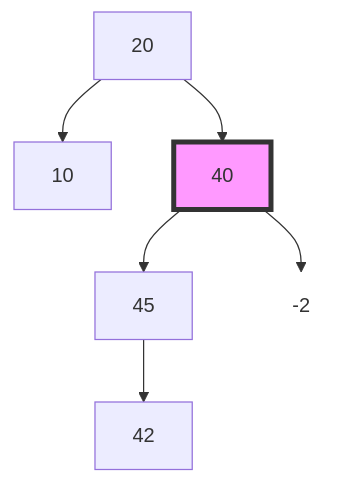
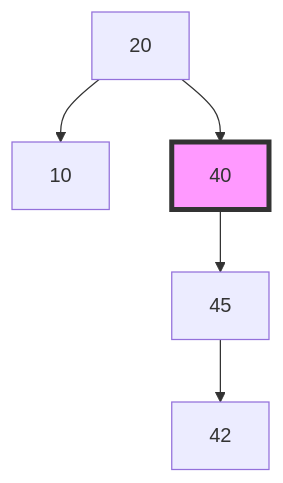
Before and after one commit to isolomon97/AVL-G: the diagram in README.md, drawn with Mermaid. The commit also changed other lines of this file, not shown here.

````diff
--- a/README.md
+++ b/README.md
@@ -21,11 +20,9 @@
 ```mermaid
 graph TD;
 
 20 --> 10;
 20 --> 40;
 40 --> 45;
 45 --> 42;
-40 --> -2;
 style 40 fill:#f9f,stroke:#333,stroke-width:4px
-style -2 fill:#fff,stroke-width:0px
 ```
````
